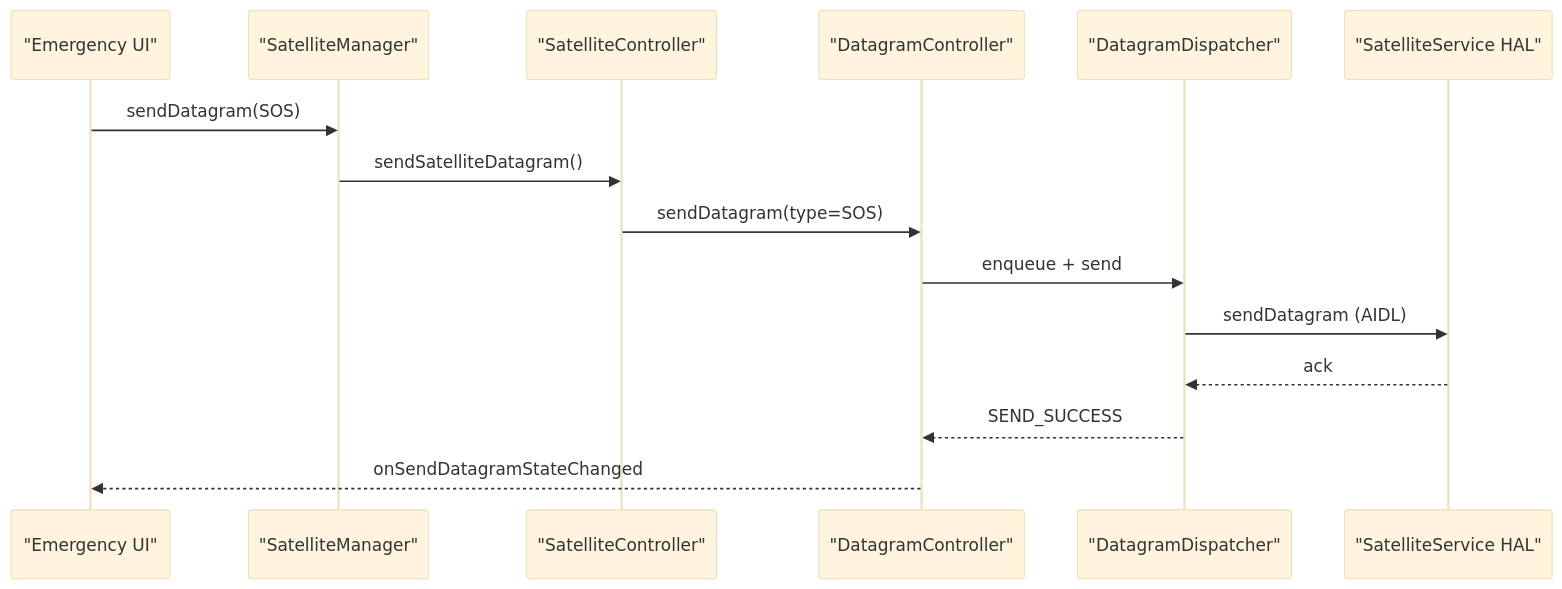
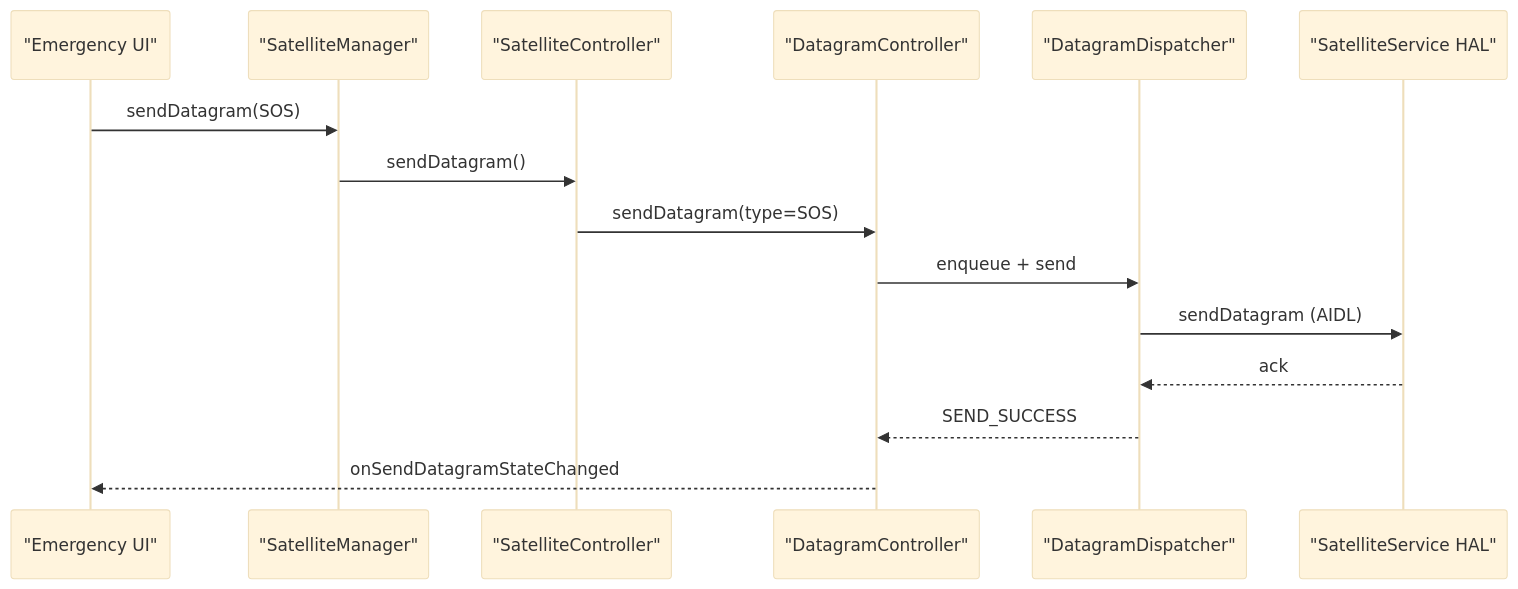
Before and after one commit to aospbooks/aosp-internal-book: diagram 49 of 55 in 36-telephony.md, drawn with Mermaid (base theme). The commit also changed other lines of this file and 218 other files, not shown here.

````diff
--- a/36-telephony.md
+++ b/36-telephony.md
@@ -4318,18 +4353,18 @@
 ```mermaid
 sequenceDiagram
     participant App as "Emergency UI"
     participant SM as "SatelliteManager"
     participant SC as "SatelliteController"
     participant DC as "DatagramController"
     participant DD as "DatagramDispatcher"
     participant Modem as "SatelliteService HAL"
 
     App->>SM: sendDatagram(SOS)
-    SM->>SC: sendSatelliteDatagram()
+    SM->>SC: sendDatagram()
     SC->>DC: sendDatagram(type=SOS)
     DC->>DD: enqueue + send
     DD->>Modem: sendDatagram (AIDL)
     Modem-->>DD: ack
     DD-->>DC: SEND_SUCCESS
     DC-->>App: onSendDatagramStateChanged
 ```
````
